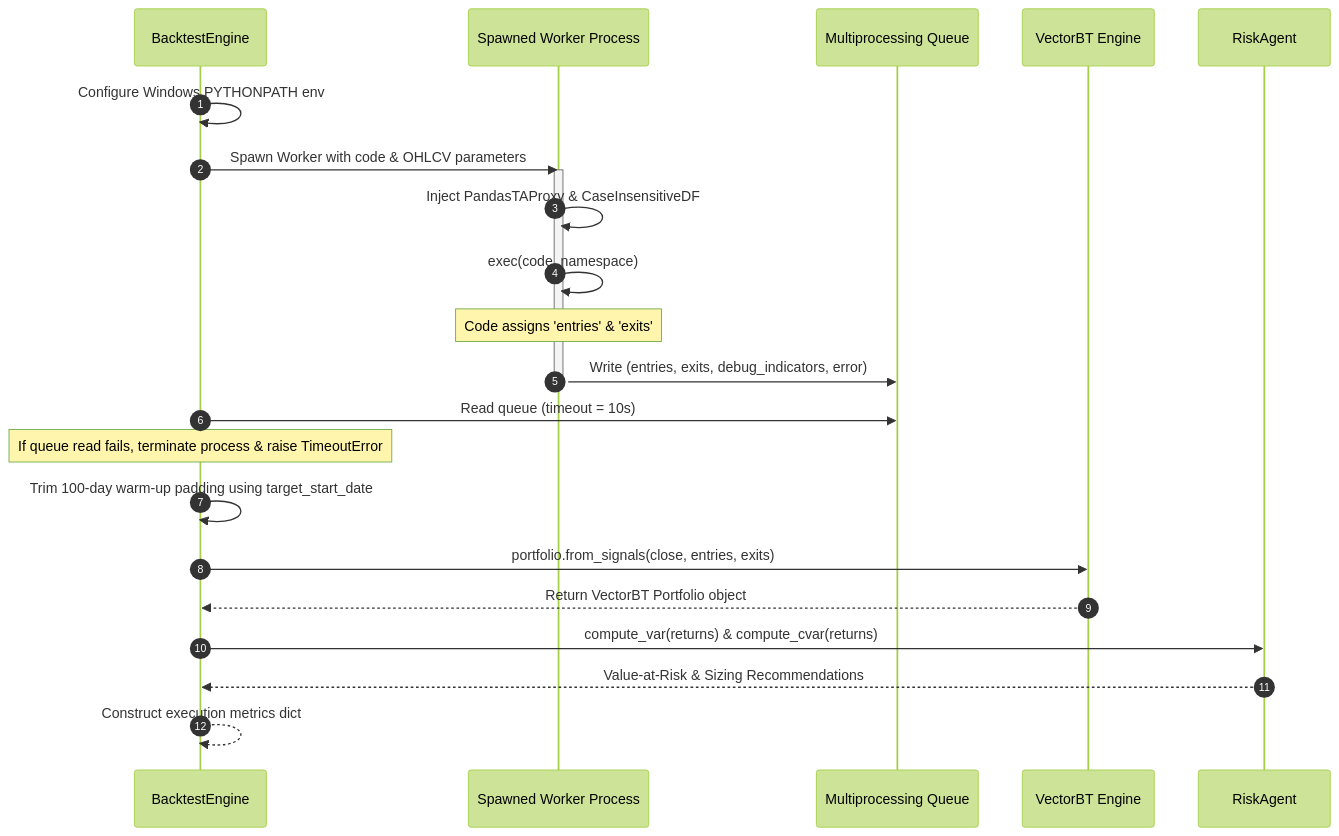
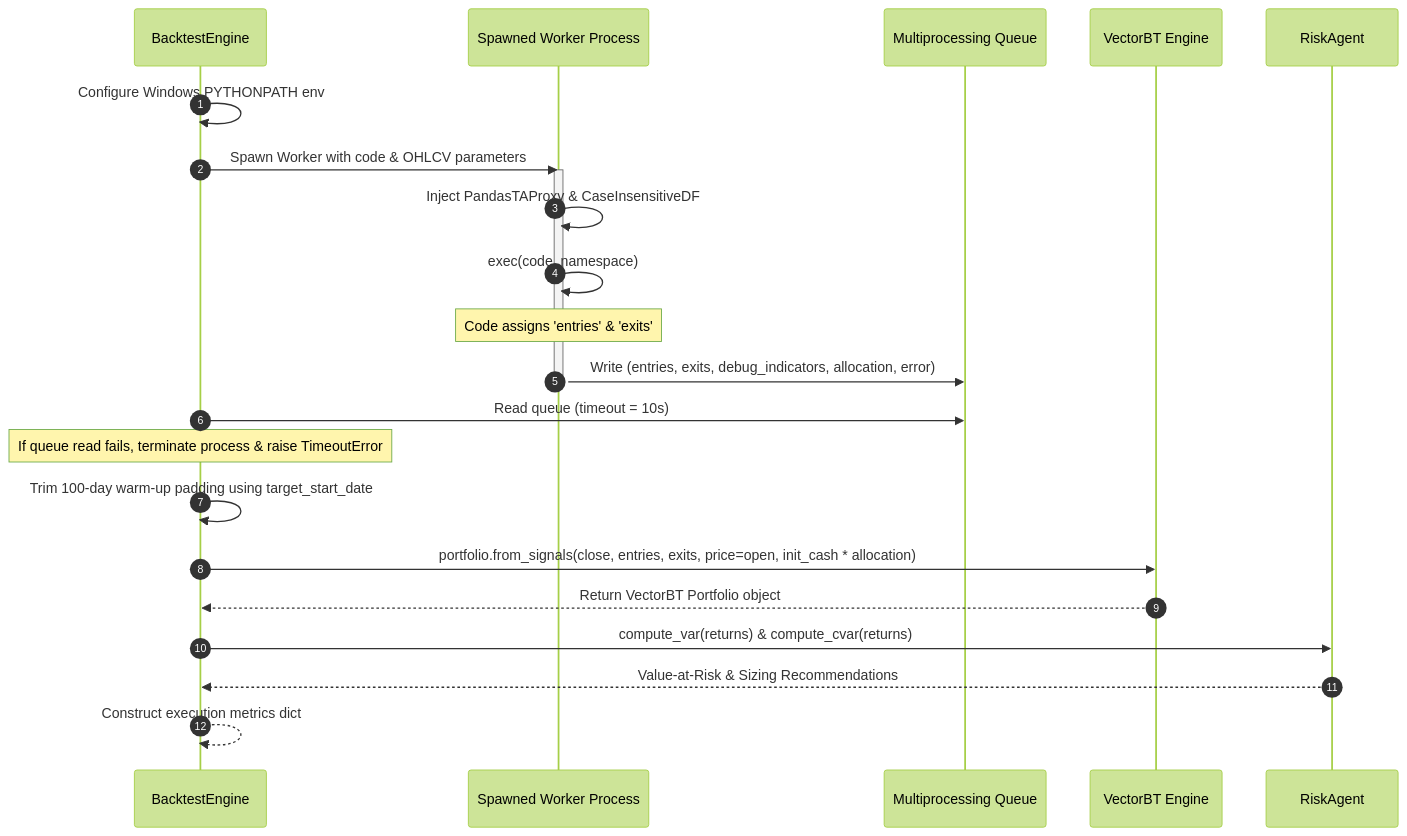
Before and after one commit to A-RYAN-KR/Backtesting-Agent: the diagram in docs/execution_engine.md, drawn with Mermaid (forest theme). The commit also changed other lines of this file and 8 other files, not shown here.

````diff
--- a/docs/execution_engine.md
+++ b/docs/execution_engine.md
@@ -12,26 +12,26 @@
 ```mermaid
 sequenceDiagram
     autonumber
     participant BE as BacktestEngine
     participant SP as Spawned Worker Process
     participant Q as Multiprocessing Queue
     participant VBT as VectorBT Engine
     participant RA as RiskAgent
 
     BE->>BE: Configure Windows PYTHONPATH env
     BE->>SP: Spawn Worker with code & OHLCV parameters
     activate SP
     SP->>SP: Inject PandasTAProxy & CaseInsensitiveDF
     SP->>SP: exec(code, namespace)
     Note over SP: Code assigns 'entries' & 'exits'
-    SP->>Q: Write (entries, exits, debug_indicators, error)
+    SP->>Q: Write (entries, exits, debug_indicators, allocation, error)
     deactivate SP
     BE->>Q: Read queue (timeout = 10s)
     Note over BE: If queue read fails, terminate process & raise TimeoutError
     BE->>BE: Trim 100-day warm-up padding using target_start_date
-    BE->>VBT: portfolio.from_signals(close, entries, exits)
+    BE->>VBT: portfolio.from_signals(close, entries, exits, price=open, init_cash * allocation)
     VBT-->>BE: Return VectorBT Portfolio object
     BE->>RA: compute_var(returns) & compute_cvar(returns)
     RA-->>BE: Value-at-Risk & Sizing Recommendations
     BE-->>BE: Construct execution metrics dict
 ```
````
